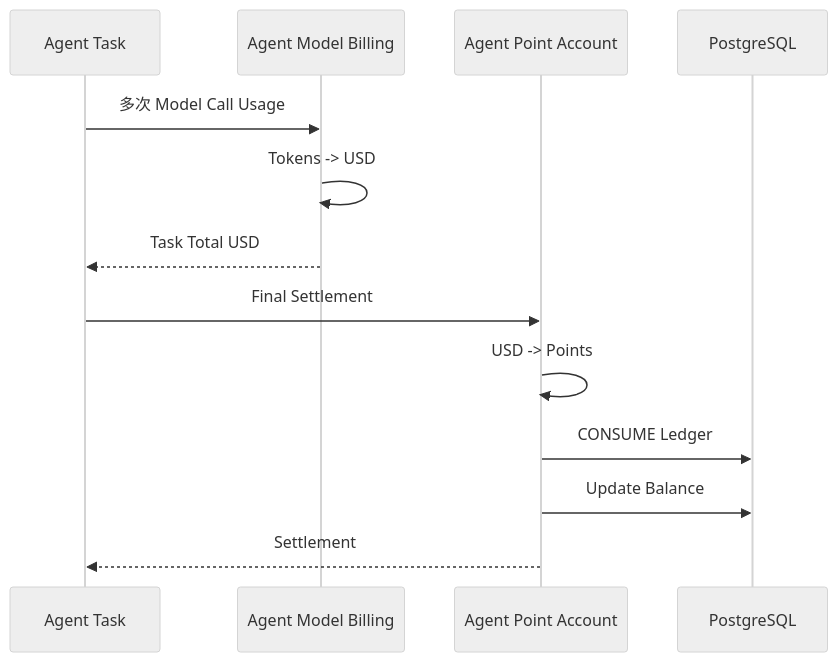
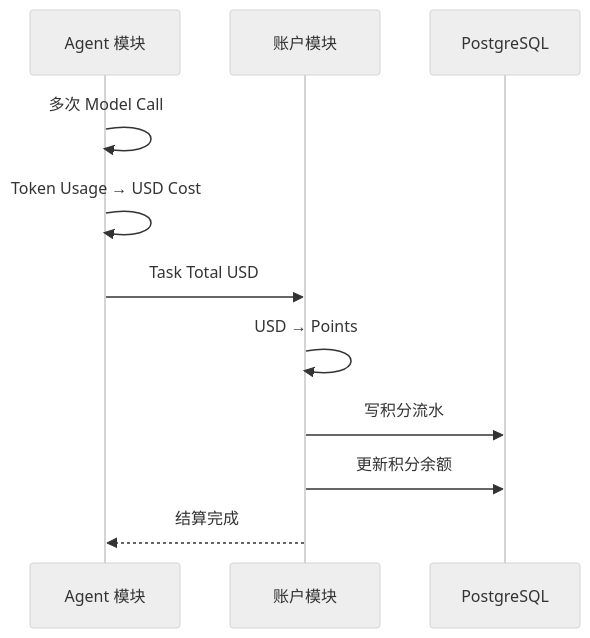
The second of 7 diagrams in docs/system-design/01-账户与身份/07-Agent积分账户.md (sxyq/mastergoods), drawn with Mermaid (neutral theme) before and after one commit. The commit also changed other lines of this file and 12 other files, not shown here.

Commit message:
docs(system-design): sync detailed design and explain flows

````diff
--- a/docs/system-design/01-账户与身份/07-Agent积分账户.md
+++ b/docs/system-design/01-账户与身份/07-Agent积分账户.md
@@ -41,17 +103,15 @@
 ```mermaid
 sequenceDiagram
-    participant TASK as Agent Task
-    participant BILL as Agent Model Billing
-    participant POINT as Agent Point Account
+    participant AGENT as Agent 模块
+    participant ACCOUNT as 账户模块
     participant DB as PostgreSQL
 
-    TASK->>BILL: 多次 Model Call Usage
-    BILL->>BILL: Tokens -> USD
-    BILL-->>TASK: Task Total USD
+    AGENT->>AGENT: 多次 Model Call
+    AGENT->>AGENT: Token Usage → USD Cost
 
-    TASK->>POINT: Final Settlement
-    POINT->>POINT: USD -> Points
-    POINT->>DB: CONSUME Ledger
-    POINT->>DB: Update Balance
-    POINT-->>TASK: Settlement
+    AGENT->>ACCOUNT: Task Total USD
+    ACCOUNT->>ACCOUNT: USD → Points
+    ACCOUNT->>DB: 写积分流水
+    ACCOUNT->>DB: 更新积分余额
+    ACCOUNT-->>AGENT: 结算完成
 ```
````
